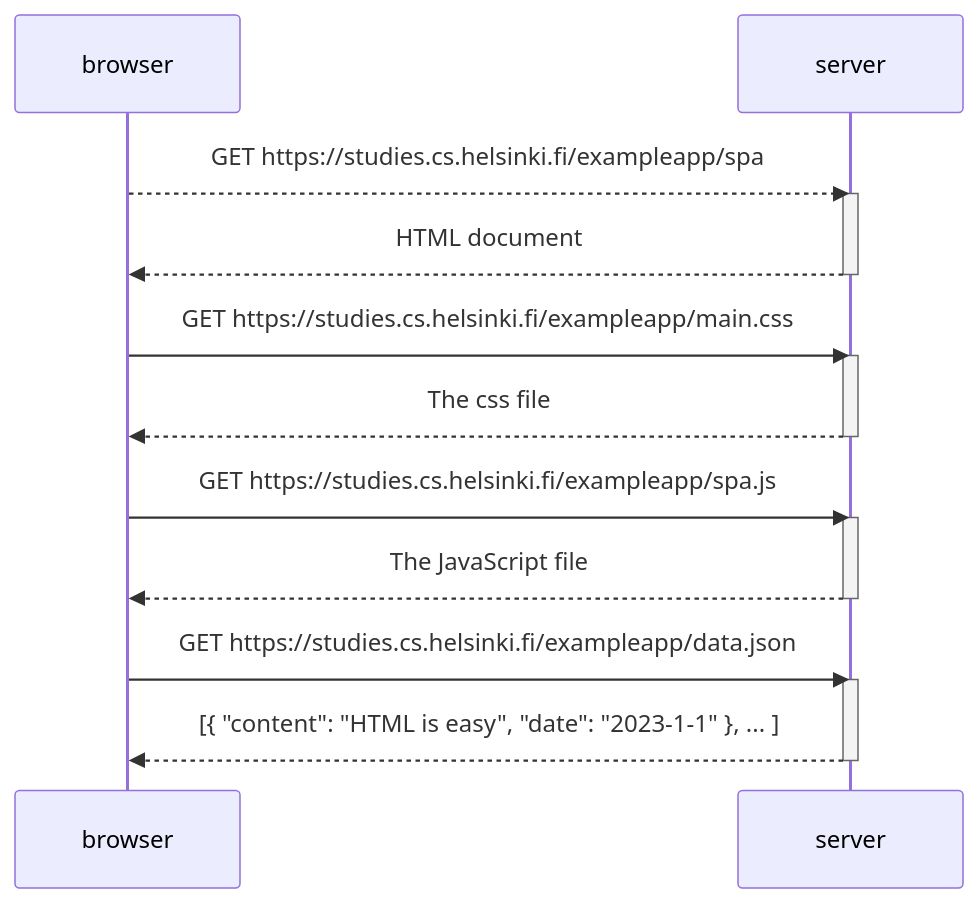
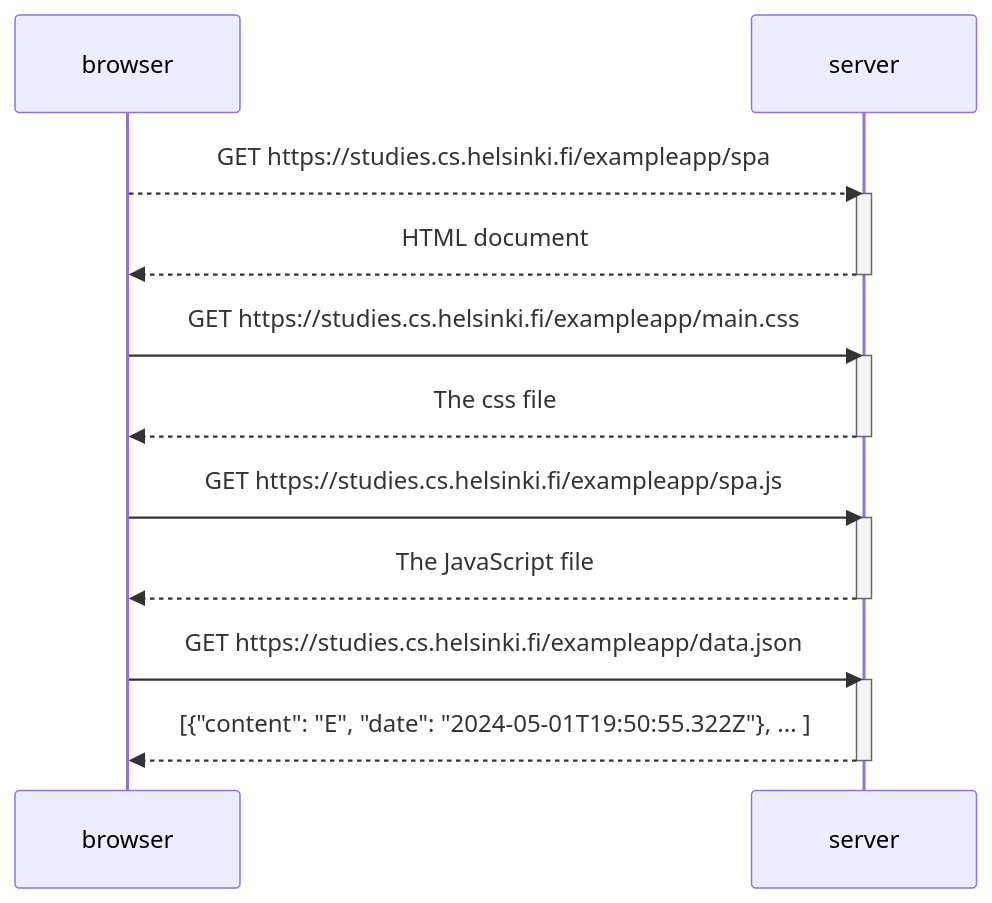
The diagram in part0/0.5_exercise.md (NaziruAI/full_stack_open), drawn with Mermaid before and after one commit. The commit also changed 1 other file, not shown here.

Commit message:
Update 0.5 and 0.6

````diff
--- a/part0/0.5_exercise.md
+++ b/part0/0.5_exercise.md
@@ -3,28 +3,28 @@
 ```mermaid
 sequenceDiagram
     participant browser
     participant server
 
     browser -->>server: GET https://studies.cs.helsinki.fi/exampleapp/spa
     activate server
     server-->>browser: HTML document
     deactivate server
 
     browser->>server: GET https://studies.cs.helsinki.fi/exampleapp/main.css
     activate server
     server-->>browser: The css file
     deactivate server
 
     browser->>server: GET https://studies.cs.helsinki.fi/exampleapp/spa.js
     activate server
     server-->>browser: The JavaScript file
     deactivate server
 
 
     browser->>server: GET https://studies.cs.helsinki.fi/exampleapp/data.json
     activate server
-    server-->>browser: [{ "content": "HTML is easy", "date": "2023-1-1" }, ... ]
+    server-->>browser: [{"content": "E", "date": "2024-05-01T19:50:55.322Z"}, ... ]
     deactivate server
 
     
 ```
````
